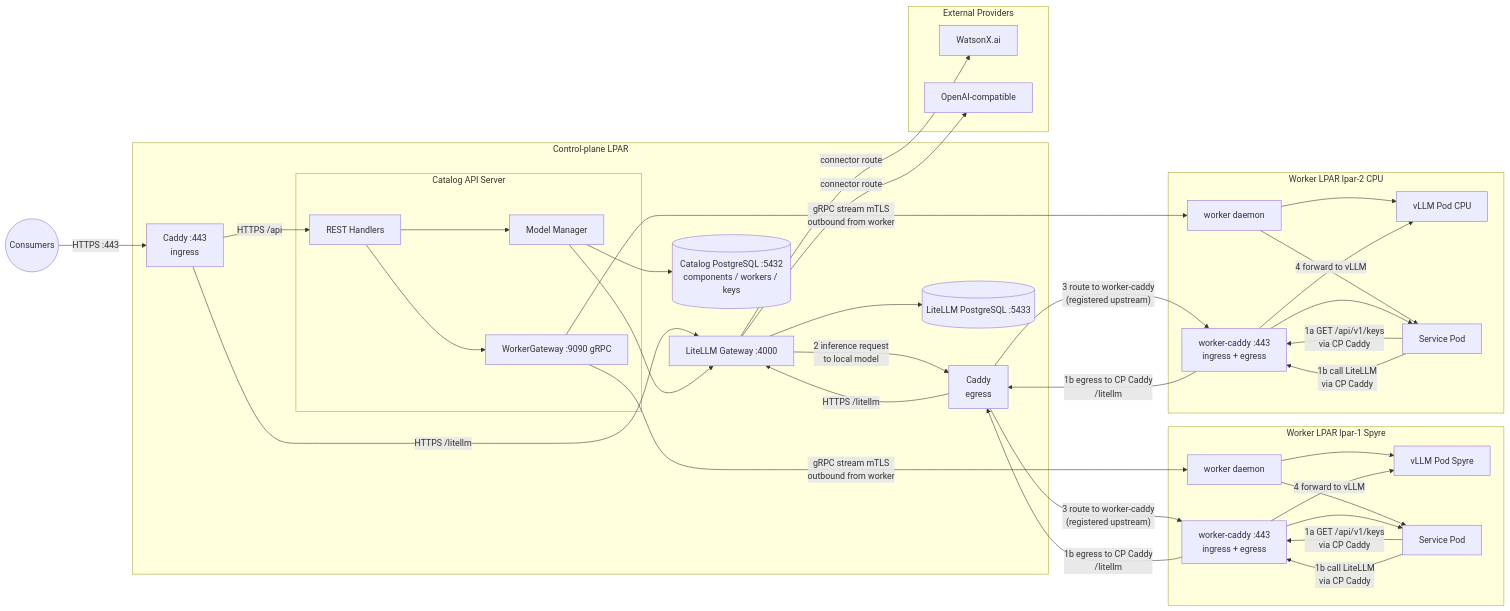
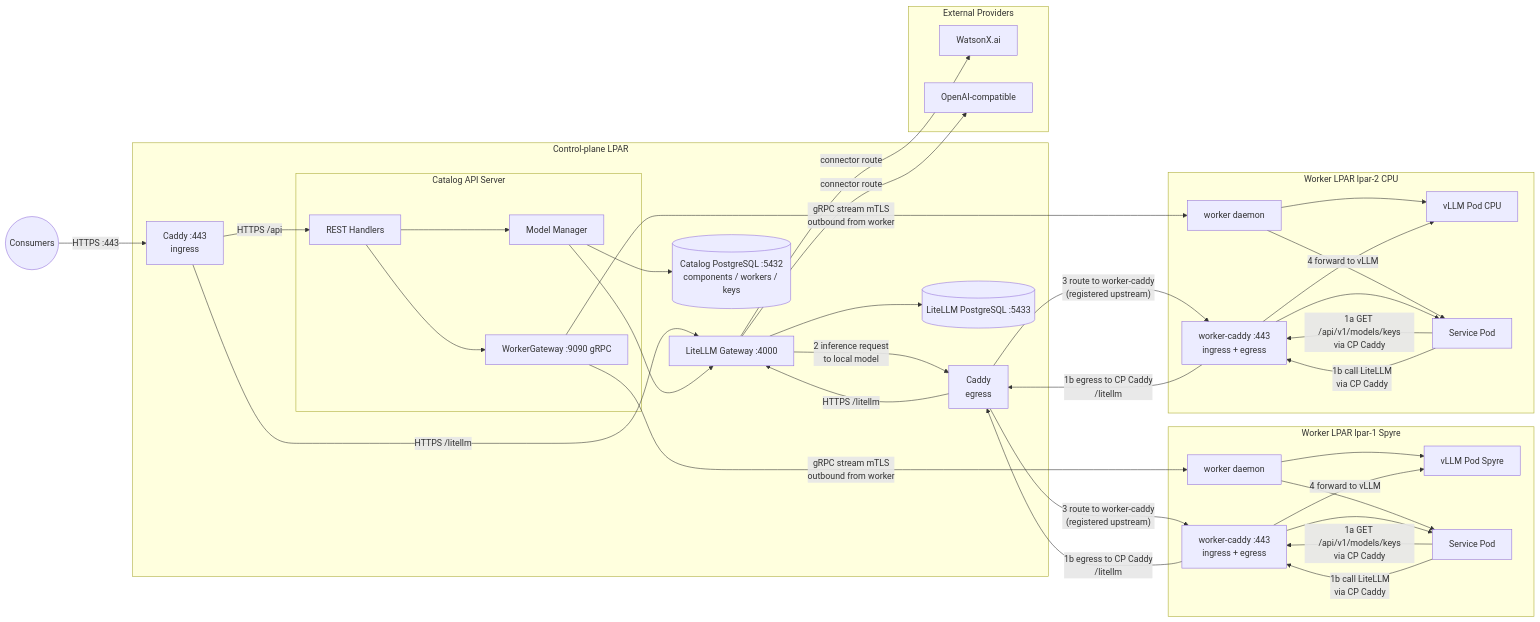
The first of 3 diagrams in docs/proposals/model-management/model-management-architecture.md (IBM/project-ai-services), drawn with Mermaid before and after one commit. The commit also changed other lines of this file and 3 other files, not shown here.

````diff
--- a/docs/proposals/model-management/model-management-architecture.md
+++ b/docs/proposals/model-management/model-management-architecture.md
@@ -25,67 +27,67 @@
 ```mermaid
 graph LR
     subgraph CP["Control-plane LPAR"]
         CPCADDY["Caddy :443\ningress"]
         CPEGRESS["Caddy\negress"]
         subgraph CPAPIBOX["Catalog API Server"]
             API["REST Handlers"]
             MM["Model Manager"]
             GW["WorkerGateway :9090 gRPC"]
             API --> MM
             API --> GW
         end
         LITELLM["LiteLLM Gateway :4000"]
         CPDB[("Catalog PostgreSQL :5432\ncomponents / workers / keys")]
         LLMDB[("LiteLLM PostgreSQL :5433")]
         CPCADDY -->|"HTTPS /litellm"| LITELLM
         CPCADDY -->|"HTTPS /api"| API
         MM --> LITELLM
         MM --> CPDB
         LITELLM --> LLMDB
         LITELLM -->|"2 inference request\nto local model"| CPEGRESS
     end
 
     subgraph WK1["Worker LPAR lpar-1 Spyre"]
         DA1["worker daemon"]
         CADDY1["worker-caddy :443\ningress + egress"]
         VLLM1["vLLM Pod Spyre"]
         SVC1["Service Pod"]
         DA1 --> VLLM1
         DA1 --> SVC1
         CADDY1 -->|"4 forward to vLLM"| VLLM1
         CADDY1 --> SVC1
-        SVC1 -->|"1a GET /api/v1/keys\nvia CP Caddy"| CADDY1
+        SVC1 -->|"1a GET /api/v1/models/keys\nvia CP Caddy"| CADDY1
         SVC1 -->|"1b call LiteLLM\nvia CP Caddy"| CADDY1
     end
 
     subgraph WK2["Worker LPAR lpar-2 CPU"]
         DA2["worker daemon"]
         CADDY2["worker-caddy :443\ningress + egress"]
         VLLM2["vLLM Pod CPU"]
         SVC2["Service Pod"]
         DA2 --> VLLM2
         DA2 --> SVC2
         CADDY2 -->|"4 forward to vLLM"| VLLM2
         CADDY2 --> SVC2
-        SVC2 -->|"1a GET /api/v1/keys\nvia CP Caddy"| CADDY2
+        SVC2 -->|"1a GET /api/v1/models/keys\nvia CP Caddy"| CADDY2
         SVC2 -->|"1b call LiteLLM\nvia CP Caddy"| CADDY2
     end
 
     subgraph EXT["External Providers"]
         WX["WatsonX.ai"]
         OAI["OpenAI-compatible"]
     end
 
     GW -- "gRPC stream mTLS\noutbound from worker" --> DA1
     GW -- "gRPC stream mTLS\noutbound from worker" --> DA2
 
     CADDY1 -->|"1b egress to CP Caddy\n/litellm"| CPEGRESS
     CADDY2 -->|"1b egress to CP Caddy\n/litellm"| CPEGRESS
     CPEGRESS -->|"HTTPS /litellm"| LITELLM
     CPEGRESS -->|"3 route to worker-caddy\n(registered upstream)"| CADDY1
     CPEGRESS -->|"3 route to worker-caddy\n(registered upstream)"| CADDY2
     LITELLM -->|"connector route"| WX
     LITELLM -->|"connector route"| OAI
 
     CONSUMERS(("Consumers")) -->|"HTTPS :443"| CPCADDY
 ```
````
